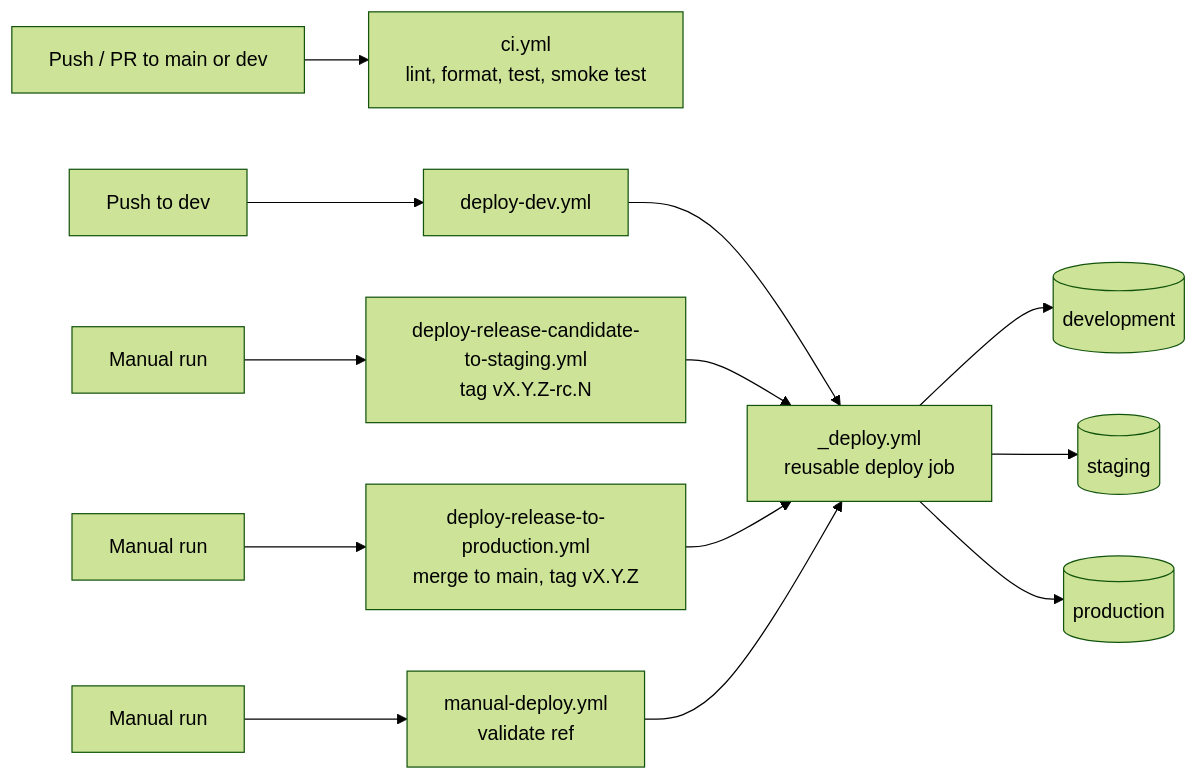
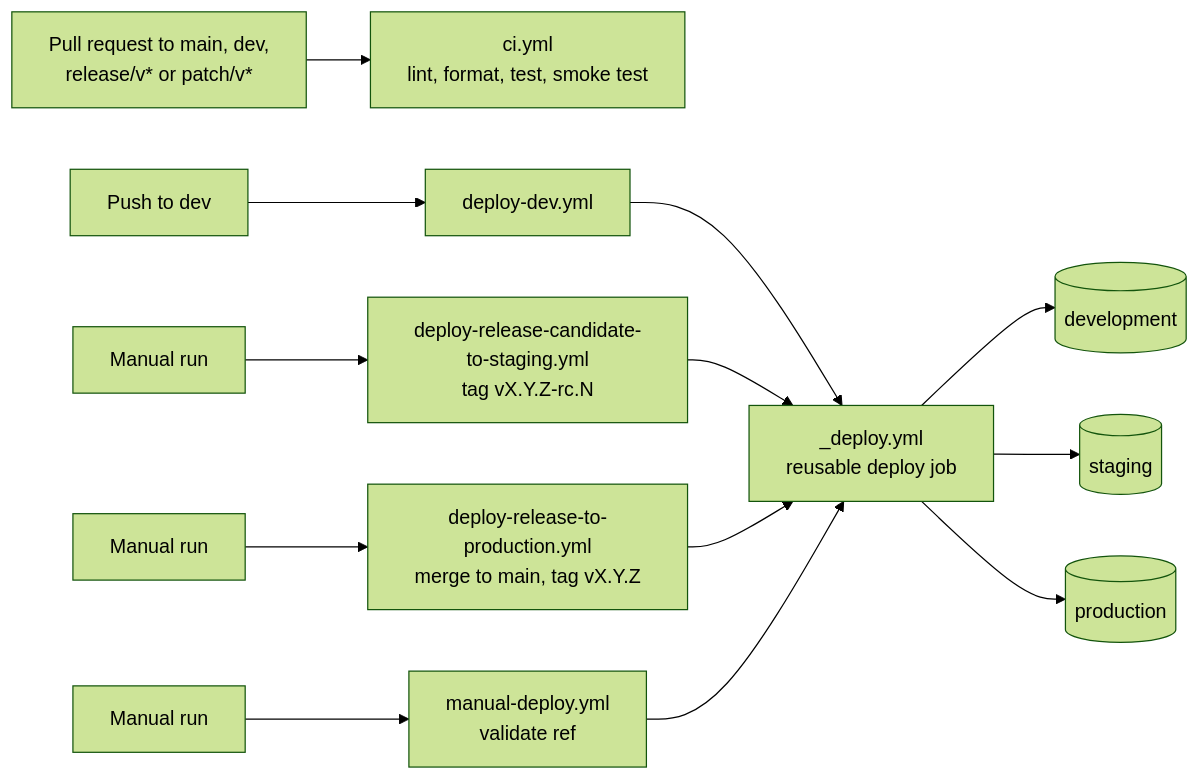
One commit to MohamedAlkady65/ci_cd_example changed the diagram in README.md. Above: the diagram before and after it, drawn with Mermaid (forest theme). The commit also changed other lines of this file and 1 other file, not shown here.

````diff
--- a/README.md
+++ b/README.md
@@ -87,15 +87,15 @@
 ```mermaid
 flowchart LR
-    PR[Push / PR to main or dev] --> CI[ci.yml<br/>lint, format, test, smoke test]
+    PR[Pull request to main, dev,<br/>release/v* or patch/v*] --> CI[ci.yml<br/>lint, format, test, smoke test]
     DEV[Push to dev] --> DD[deploy-dev.yml]
     RC[Manual run] --> DRC[deploy-release-candidate-to-staging.yml<br/>tag vX.Y.Z-rc.N]
     REL[Manual run] --> DRL[deploy-release-to-production.yml<br/>merge to main, tag vX.Y.Z]
     MAN[Manual run] --> MD[manual-deploy.yml<br/>validate ref]
     DD --> R[_deploy.yml<br/>reusable deploy job]
     DRC --> R
     DRL --> R
     MD --> R
     R --> E1[(development)]
     R --> E2[(staging)]
     R --> E3[(production)]
 ```
````
